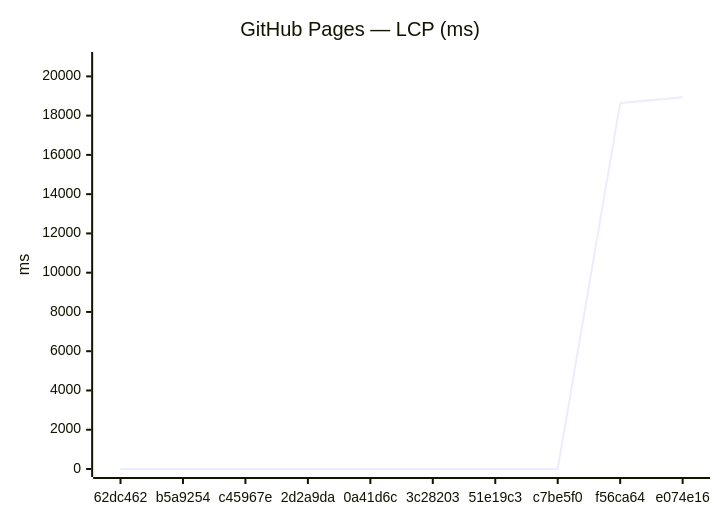
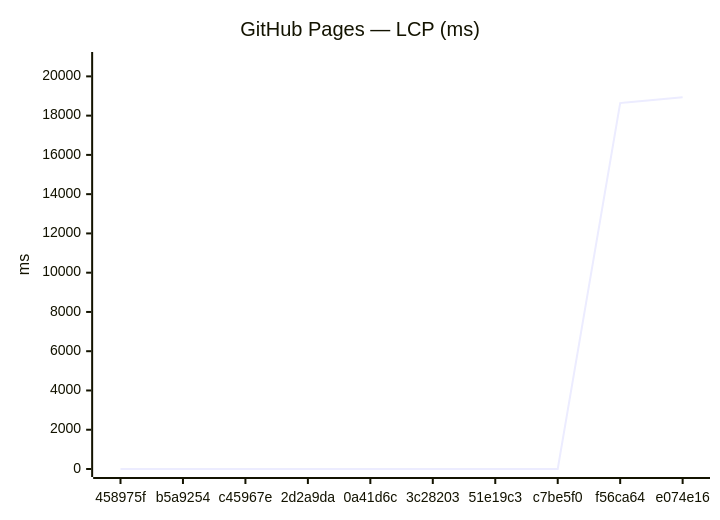
Before and after one commit to Metaheurist/Rianell: the third of 18 diagrams in benchmarks/compare.md, drawn with Mermaid. The commit also changed other lines of this file and 11 other files, not shown here.

````diff
--- a/benchmarks/compare.md
+++ b/benchmarks/compare.md
@@ -54,7 +54,7 @@
 ```mermaid
 xychart-beta
     title "GitHub Pages — LCP (ms)"
-    x-axis ["62dc462", "b5a9254", "c45967e", "2d2a9da", "0a41d6c", "3c28203", "51e19c3", "c7be5f0", "f56ca64", "e074e16"]
+    x-axis ["458975f", "b5a9254", "c45967e", "2d2a9da", "0a41d6c", "3c28203", "51e19c3", "c7be5f0", "f56ca64", "e074e16"]
     y-axis "ms" 0 --> 20834
     line [0, 0, 0, 0, 0, 0, 0, 0, 18641, 18940]
 ```
````
